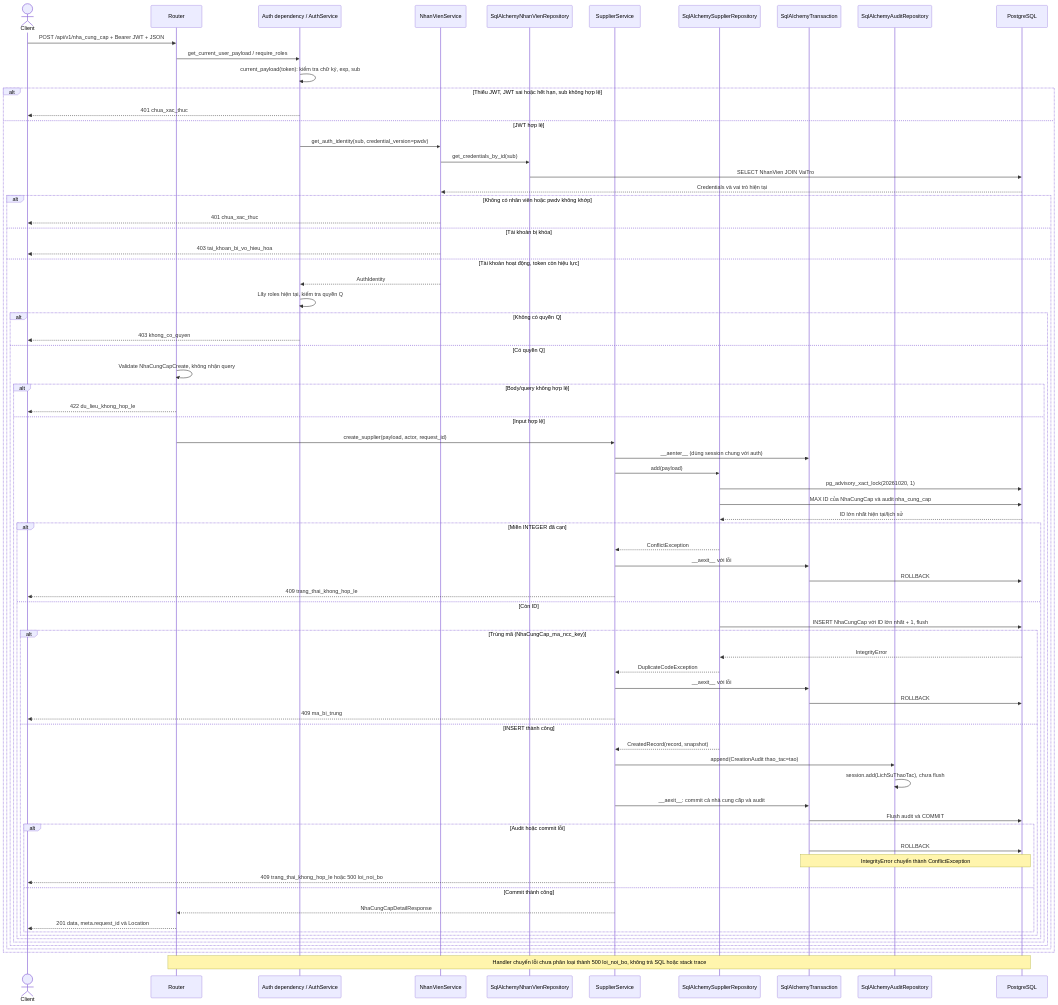
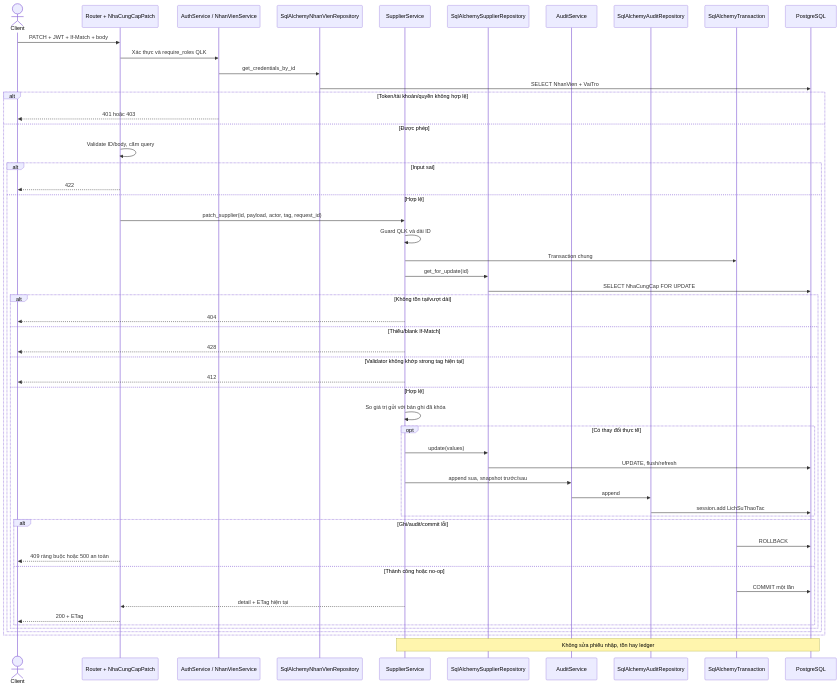
One commit to thanhklt/xbike-mrp-system changed the fourth of 4 diagrams in docs/sequence/nha_cung_cap.md. Above: the diagram before and after it, drawn with Mermaid. The commit also changed other lines of this file and 49 other files, not shown here.

````diff
--- a/docs/sequence/nha_cung_cap.md
+++ b/docs/sequence/nha_cung_cap.md
@@ -143,77 +161,56 @@
 ```mermaid
 sequenceDiagram
-    actor Client
-    participant Router
-    participant Auth as Auth dependency / AuthService
-    participant Employees as NhanVienService
-    participant EmployeeRepo as SqlAlchemyNhanVienRepository
-    participant Service as SupplierService
-    participant Repo as SqlAlchemySupplierRepository
-    participant Tx as SqlAlchemyTransaction
-    participant AuditRepo as SqlAlchemyAuditRepository
+    actor C as Client
+    participant R as Router + NhaCungCapPatch
+    participant A as AuthService / NhanVienService
+    participant N as SqlAlchemyNhanVienRepository
+    participant S as SupplierService
+    participant P as SqlAlchemySupplierRepository
+    participant AU as AuditService
+    participant AR as SqlAlchemyAuditRepository
+    participant T as SqlAlchemyTransaction
     participant DB as PostgreSQL
-    Client->>Router: POST /api/v1/nha_cung_cap + Bearer JWT + JSON
-    Router->>Auth: get_current_user_payload / require_roles
-    Auth->>Auth: current_payload(token): kiểm tra chữ ký, exp, sub
-    alt Thiếu JWT, JWT sai hoặc hết hạn, sub không hợp lệ
-        Auth-->>Client: 401 chua_xac_thuc
-    else JWT hợp lệ
-        Auth->>Employees: get_auth_identity(sub, credential_version=pwdv)
-        Employees->>EmployeeRepo: get_credentials_by_id(sub)
-        EmployeeRepo->>DB: SELECT NhanVien JOIN VaiTro
-        DB-->>Employees: Credentials và vai trò hiện tại
-        alt Không có nhân viên hoặc pwdv không khớp
-            Employees-->>Client: 401 chua_xac_thuc
-        else Tài khoản bị khóa
-            Employees-->>Client: 403 tai_khoan_bi_vo_hieu_hoa
-        else Tài khoản hoạt động, token còn hiệu lực
-            Employees-->>Auth: AuthIdentity
-            Auth->>Auth: Lấy roles hiện tại, kiểm tra quyền Q
-            alt Không có quyền Q
-                Auth-->>Client: 403 khong_co_quyen
-            else Có quyền Q
-                Router->>Router: Validate NhaCungCapCreate, không nhận query
-                alt Body/query không hợp lệ
-                    Router-->>Client: 422 du_lieu_khong_hop_le
-                else Input hợp lệ
-                    Router->>Service: create_supplier(payload, actor, request_id)
-                    Service->>Tx: __aenter__ (dùng session chung với auth)
-                    Service->>Repo: add(payload)
-                    Repo->>DB: pg_advisory_xact_lock(20261020, 1)
-                    Repo->>DB: MAX ID của NhaCungCap và audit nha_cung_cap
-                    DB-->>Repo: ID lớn nhất hiện tại/lịch sử
-                    alt Miền INTEGER đã cạn
-                        Repo-->>Service: ConflictException
-                        Service->>Tx: __aexit__ với lỗi
-                        Tx->>DB: ROLLBACK
-                        Service-->>Client: 409 trang_thai_khong_hop_le
-                    else Còn ID
-                        Repo->>DB: INSERT NhaCungCap với ID lớn nhất + 1, flush
-                        alt Trùng mã (NhaCungCap_ma_ncc_key)
-                            DB-->>Repo: IntegrityError
-                            Repo-->>Service: DuplicateCodeException
-                            Service->>Tx: __aexit__ với lỗi
-                            Tx->>DB: ROLLBACK
-                            Service-->>Client: 409 ma_bi_trung
-                        else INSERT thành công
-                            Repo-->>Service: CreatedRecord(record, snapshot)
-                            Service->>AuditRepo: append(CreationAudit thao_tac=tao)
-                            AuditRepo->>AuditRepo: session.add(LichSuThaoTac), chưa flush
-                            Service->>Tx: __aexit__: commit cả nhà cung cấp và audit
-                            Tx->>DB: Flush audit và COMMIT
-                            alt Audit hoặc commit lỗi
-                                Tx->>DB: ROLLBACK
-                                Note over Tx,DB: IntegrityError chuyển thành ConflictException
-                                Service-->>Client: 409 trang_thai_khong_hop_le hoặc 500 loi_noi_bo
-                            else Commit thành công
-                                Service-->>Router: NhaCungCapDetailResponse
-                                Router-->>Client: 201 data, meta.request_id và Location
-                            end
-                        end
-                    end
+    C->>R: PATCH + JWT + If-Match + body
+    R->>A: Xác thực và require_roles QLK
+    A->>N: get_credentials_by_id
+    N->>DB: SELECT NhanVien + VaiTro
+    alt Token/tài khoản/quyền không hợp lệ
+        A-->>C: 401 hoặc 403
+    else Được phép
+        R->>R: Validate ID/body, cấm query
+        alt Input sai
+            R-->>C: 422
+        else Hợp lệ
+            R->>S: patch_supplier(id, payload, actor, tag, request_id)
+            S->>S: Guard QLK và dải ID
+            S->>T: Transaction chung
+            S->>P: get_for_update(id)
+            P->>DB: SELECT NhaCungCap FOR UPDATE
+            alt Không tồn tại/vượt dải
+                S-->>C: 404
+            else Thiếu/blank If-Match
+                S-->>C: 428
+            else Validator không khớp strong tag hiện tại
+                S-->>C: 412
+            else Hợp lệ
+                S->>S: So giá trị gửi với bản ghi đã khóa
+                opt Có thay đổi thực tế
+                    S->>P: update(values)
+                    P->>DB: UPDATE, flush/refresh
+                    S->>AU: append sua, snapshot trước/sau
+                    AU->>AR: append
+                    AR->>DB: session.add LichSuThaoTac
+                end
+                alt Ghi/audit/commit lỗi
+                    T->>DB: ROLLBACK
+                    R-->>C: 409 ràng buộc hoặc 500 an toàn
+                else Thành công hoặc no-op
+                    T->>DB: COMMIT một lần
+                    S-->>R: detail + ETag hiện tại
+                    R-->>C: 200 + ETag
                 end
             end
         end
     end
-    Note over Router,DB: Handler chuyển lỗi chưa phân loại thành 500 loi_noi_bo, không trả SQL hoặc stack trace
+    Note over S,DB: Không sửa phiếu nhập, tồn hay ledger
 ```
````
